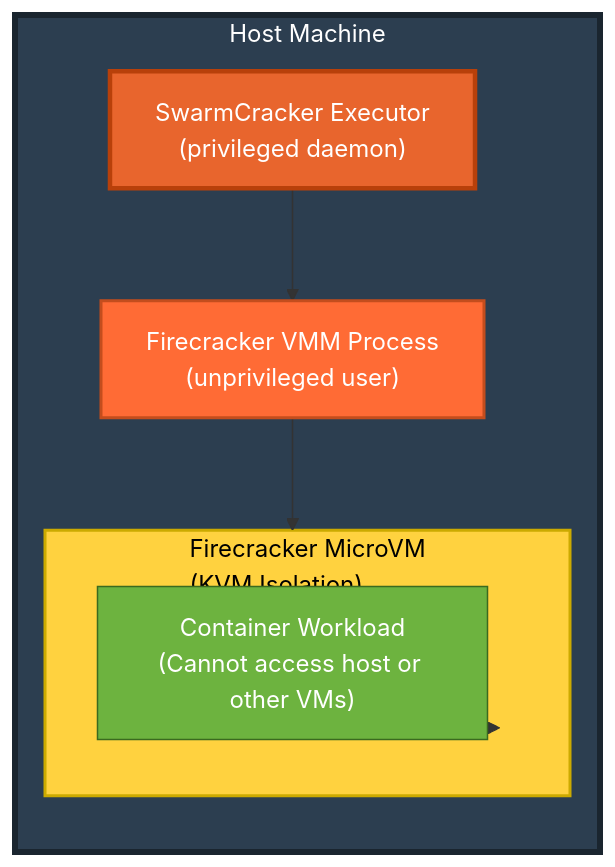
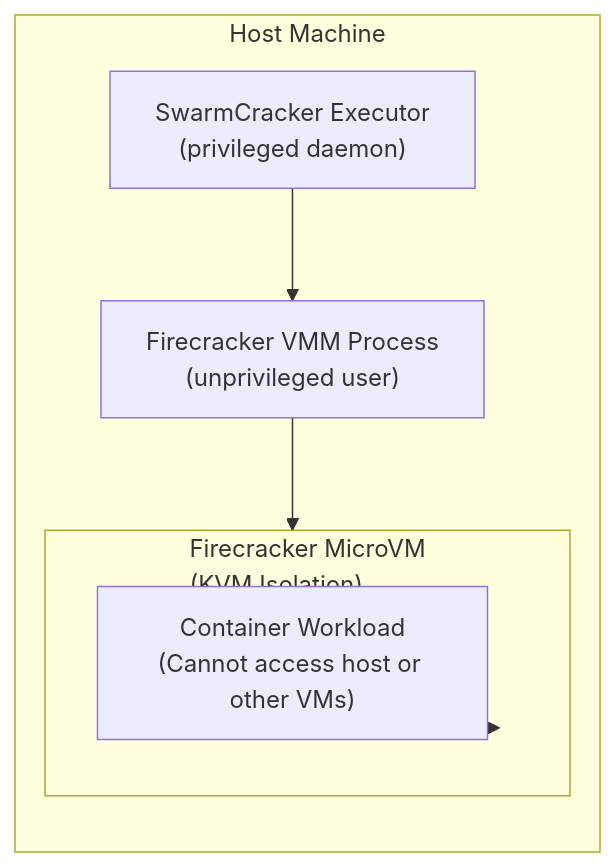
Before and after one commit to restuhaqza/SwarmCracker: the fifth of 5 diagrams in docs/ARCHITECTURE.md, drawn with Mermaid. The commit also changed other lines of this file, not shown here.

First line of the commit message:
docs: remove custom styling from Mermaid diagrams

````diff
--- a/docs/ARCHITECTURE.md
+++ b/docs/ARCHITECTURE.md
@@ -208,22 +221,17 @@
 ```mermaid
 graph TB
     subgraph HOST["Host Machine"]
         direction TB
         EXECUTOR["SwarmCracker Executor<br/>(privileged daemon)"]
         VMM_PROC["Firecracker VMM Process<br/>(unprivileged user)"]
         
         subgraph MICROVM["Firecracker MicroVM<br/>(KVM Isolation)"]
             WORKLOAD["Container Workload<br/>(Cannot access host or other VMs)"]
         end
     end
 
     EXECUTOR --> VMM_PROC
     VMM_PROC --> MICROVM
     MICROVM --> WORKLOAD
 
-    style EXECUTOR fill:#E8652D,stroke:#B8400A,color:#fff,stroke-width:3px
-    style VMM_PROC fill:#FF6B35,stroke:#C44D1D,color:#fff,stroke-width:2px
-    style MICROVM fill:#FFD23F,stroke:#CCAA00,color:#000,stroke-width:2px
-    style WORKLOAD fill:#6DB33F,stroke:#3A6A1F,color:#fff
-    style HOST fill:#2C3E50,stroke:#1A252F,color:#fff,stroke-width:4px
 ```
````
